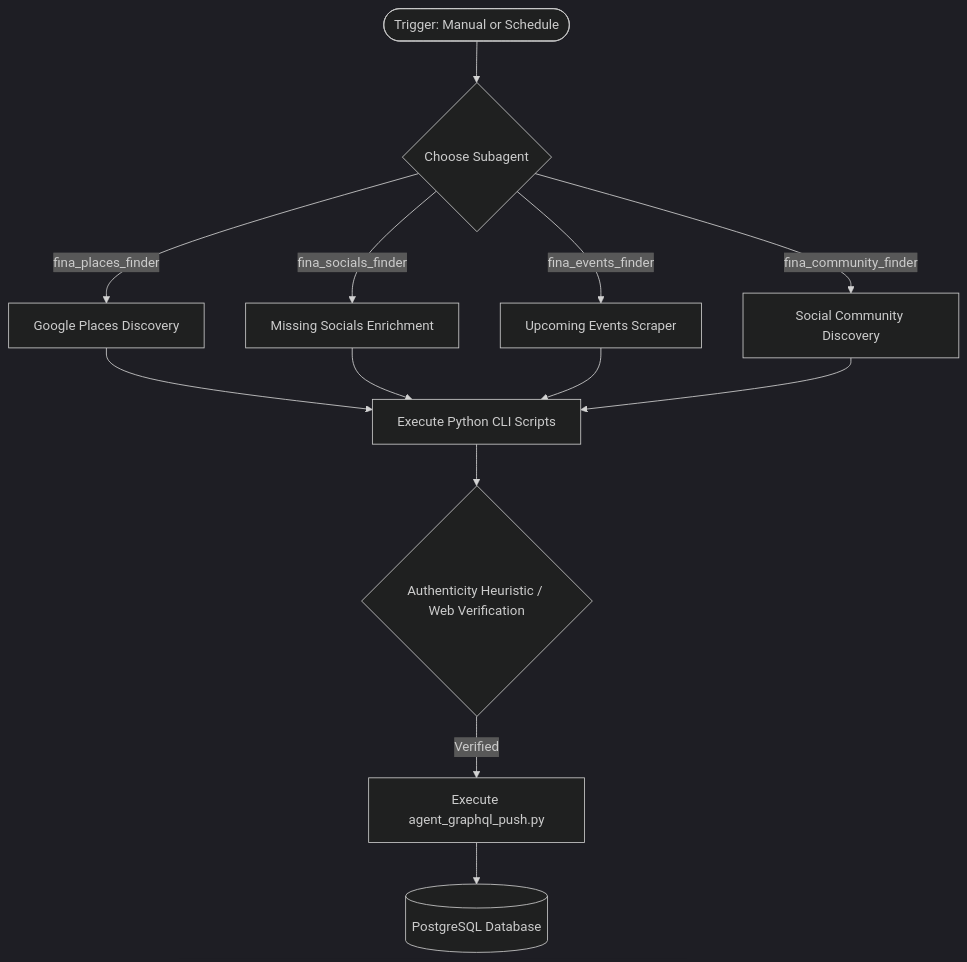
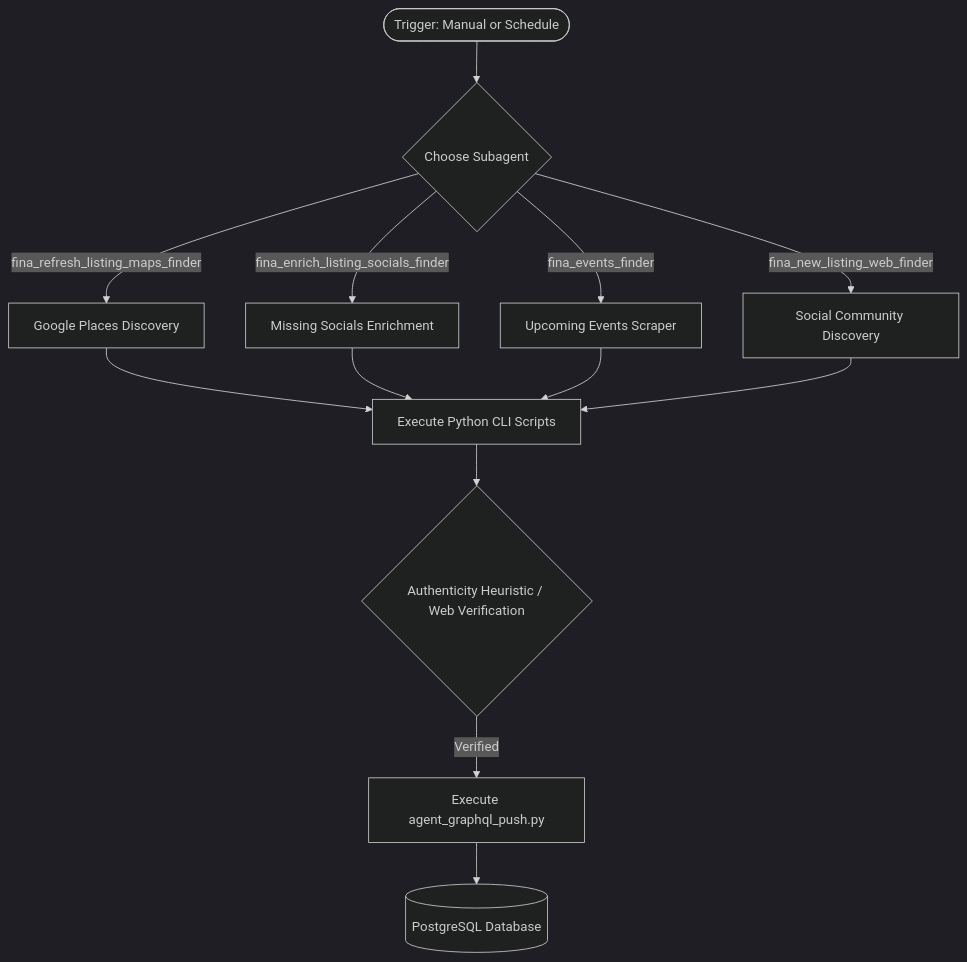
Before and after one commit to deriveraryan/fina-agent: the diagram in AGENTS.md, drawn with Mermaid (dark theme). The commit also changed other lines of this file and 9 other files, not shown here.

Commit message:
refactor: rename places, community, and socials skills to explicit descriptive names

````diff
--- a/AGENTS.md
+++ b/AGENTS.md
@@ -11,15 +11,15 @@
 ```mermaid
 flowchart TD
     Start(["Trigger: Manual or Schedule"]) --> AgentSelect{"Choose Subagent"}
     
-    AgentSelect -->|fina_places_finder| PlacesFlow["Google Places Discovery"]
-    AgentSelect -->|fina_socials_finder| SocialsFlow["Missing Socials Enrichment"]
+    AgentSelect -->|fina_refresh_listing_maps_finder| PlacesFlow["Google Places Discovery"]
+    AgentSelect -->|fina_enrich_listing_socials_finder| SocialsFlow["Missing Socials Enrichment"]
     AgentSelect -->|fina_events_finder| EventsFlow["Upcoming Events Scraper"]
-    AgentSelect -->|fina_community_finder| CommFlow["Social Community Discovery"]
+    AgentSelect -->|fina_new_listing_web_finder| CommFlow["Social Community Discovery"]
 
     %% Shared logic
     PlacesFlow & SocialsFlow & EventsFlow & CommFlow --> PythonCLI["Execute Python CLI Scripts"]
     PythonCLI --> Verification{"Authenticity Heuristic / Web Verification"}
     Verification -->|Verified| GQLPush["Execute agent_graphql_push.py"]
     GQLPush --> PostgreSQL[(PostgreSQL Database)]
 ```
````
